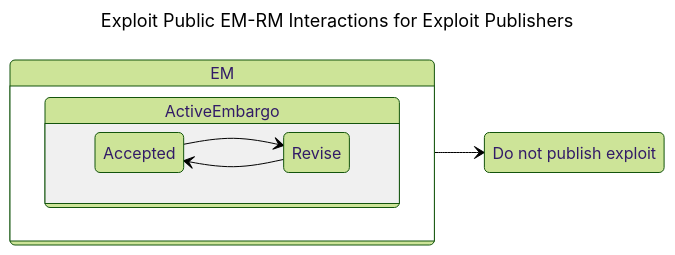
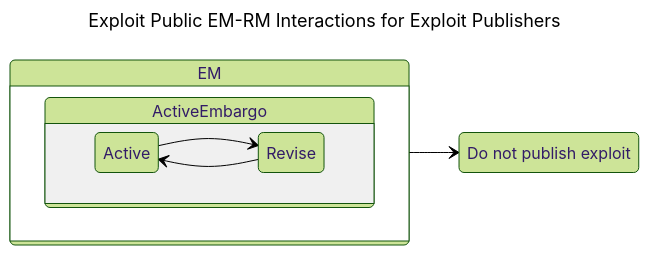
Before and after one commit to CERTCC/Vultron: the seventh of 9 diagrams in docs/topics/process_models/model_interactions/rm_em_cs.md, drawn with Mermaid (forest theme). The commit also changed other lines of this file and 44 other files, not shown here.

````diff
--- a/docs/topics/process_models/model_interactions/rm_em_cs.md
+++ b/docs/topics/process_models/model_interactions/rm_em_cs.md
@@ -352,19 +349,18 @@
 ```mermaid
 ---
 title: Exploit Public EM-RM Interactions for Exploit Publishers
 ---
 stateDiagram-v2
     direction LR
     state EM {
         state ActiveEmbargo {
             direction LR
-            Accepted 
+            Active
             Revise
-            Revise --> Accepted
-            Accepted --> Revise
+            Revise --> Active
+            Active --> Revise
         }
     }
     nox: Do not publish exploit
     EM --> nox
-
 ```
````
